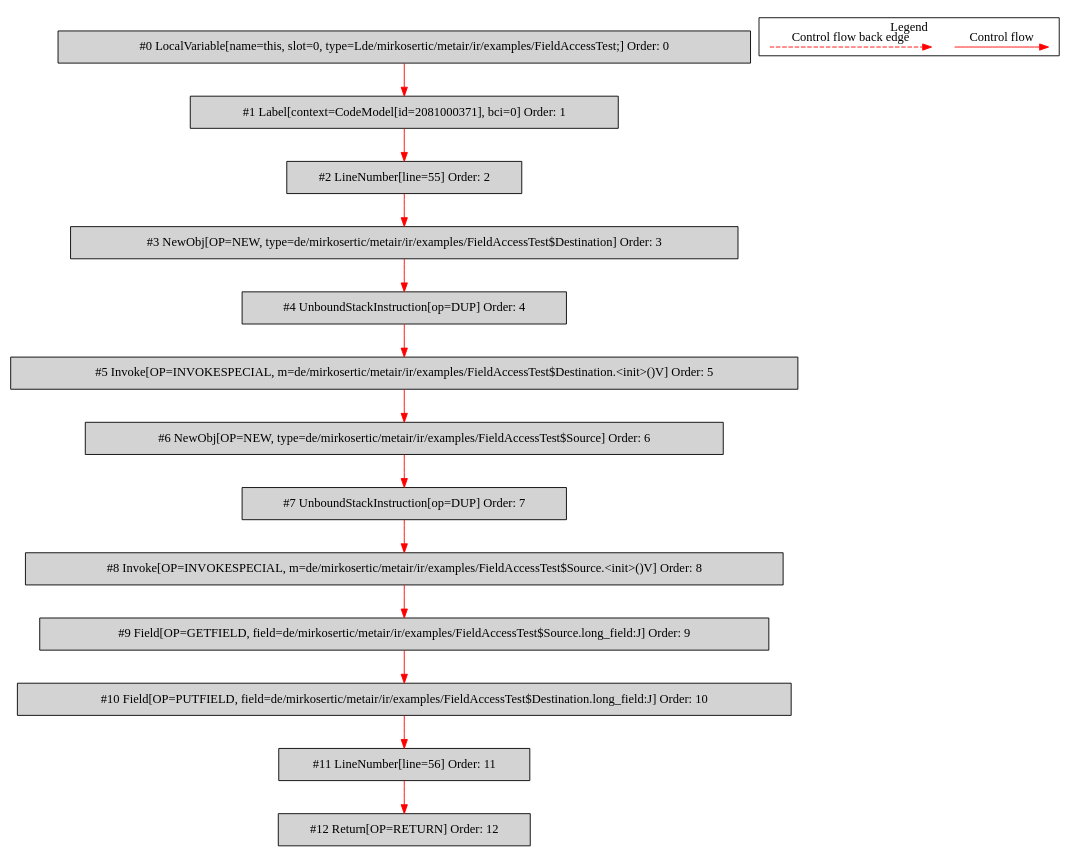
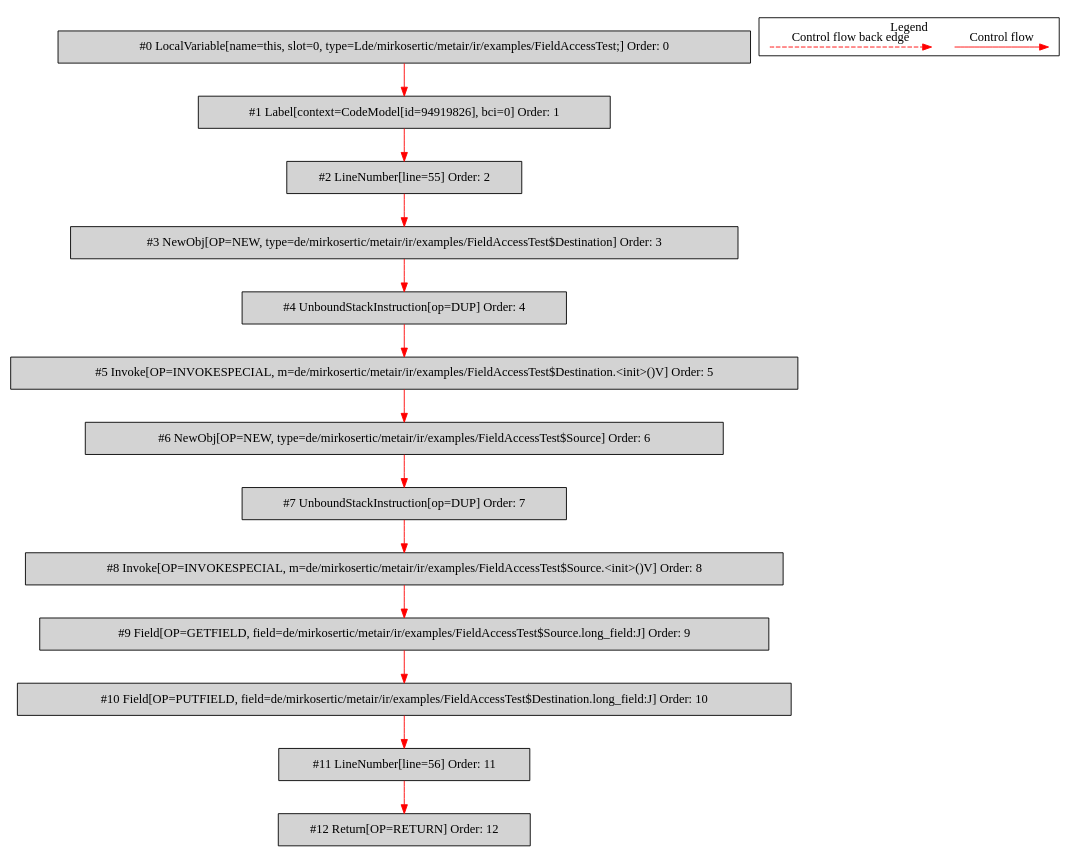
One commit to mirkosertic/MetaIR changed the diagram in de.mirkosertic.metair.ir.examples.FieldAccessTest/copy_long/bytecodecfg.dot. Above: the diagram before and after it, drawn with Graphviz. The commit also changed 176 other files, not shown here.

```diff
--- a/de.mirkosertic.metair.ir.examples.FieldAccessTest/copy_long/bytecodecfg.dot
+++ b/de.mirkosertic.metair.ir.examples.FieldAccessTest/copy_long/bytecodecfg.dot
@@ -1,41 +1,41 @@
 digraph {
  node0[label="#0 LocalVariable[name=this, slot=0, type=Lde/mirkosertic/metair/ir/examples/FieldAccessTest;] Order: 0", shape=box, fillcolor=lightgrey, style=filled];
- node1[label="#1 Label[context=CodeModel[id=2081000371], bci=0] Order: 1", shape=box, fillcolor=lightgrey, style=filled];
+ node1[label="#1 Label[context=CodeModel[id=94919826], bci=0] Order: 1", shape=box, fillcolor=lightgrey, style=filled];
  node2[label="#2 LineNumber[line=55] Order: 2", shape=box, fillcolor=lightgrey, style=filled];
  node3[label="#3 NewObj[OP=NEW, type=de/mirkosertic/metair/ir/examples/FieldAccessTest$Destination] Order: 3", shape=box, fillcolor=lightgrey, style=filled];
  node4[label="#4 UnboundStackInstruction[op=DUP] Order: 4", shape=box, fillcolor=lightgrey, style=filled];
  node5[label="#5 Invoke[OP=INVOKESPECIAL, m=de/mirkosertic/metair/ir/examples/FieldAccessTest$Destination.<init>()V] Order: 5", shape=box, fillcolor=lightgrey, style=filled];
  node6[label="#6 NewObj[OP=NEW, type=de/mirkosertic/metair/ir/examples/FieldAccessTest$Source] Order: 6", shape=box, fillcolor=lightgrey, style=filled];
  node7[label="#7 UnboundStackInstruction[op=DUP] Order: 7", shape=box, fillcolor=lightgrey, style=filled];
  node8[label="#8 Invoke[OP=INVOKESPECIAL, m=de/mirkosertic/metair/ir/examples/FieldAccessTest$Source.<init>()V] Order: 8", shape=box, fillcolor=lightgrey, style=filled];
  node9[label="#9 Field[OP=GETFIELD, field=de/mirkosertic/metair/ir/examples/FieldAccessTest$Source.long_field:J] Order: 9", shape=box, fillcolor=lightgrey, style=filled];
  node10[label="#10 Field[OP=PUTFIELD, field=de/mirkosertic/metair/ir/examples/FieldAccessTest$Destination.long_field:J] Order: 10", shape=box, fillcolor=lightgrey, style=filled];
  node11[label="#11 LineNumber[line=56] Order: 11", shape=box, fillcolor=lightgrey, style=filled];
  node12[label="#12 Return[OP=RETURN] Order: 12", shape=box, fillcolor=lightgrey, style=filled];
  node0 -> node1[color=red];
  node1 -> node2[color=red];
  node2 -> node3[color=red];
  node3 -> node4[color=red];
  node4 -> node5[color=red];
  node5 -> node6[color=red];
  node6 -> node7[color=red];
  node7 -> node8[color=red];
  node8 -> node9[color=red];
  node9 -> node10[color=red];
  node10 -> node11[color=red];
  node11 -> node12[color=red];
  subgraph cluster_000 {
   label = "Legend";
   node [shape=point]
   {
    rank=same;
    c0 [style = invis];
    c1 [style = invis];
    c2 [style = invis];
    c3 [style = invis];
   }
   c0 -> c1 [label="Control flow", style=solid, color=red]
   c2 -> c3 [label="Control flow back edge", style=dashed, color=red]
  }
 
 }
```
